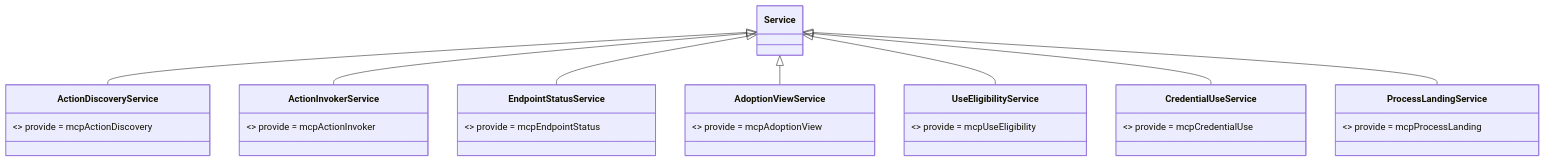
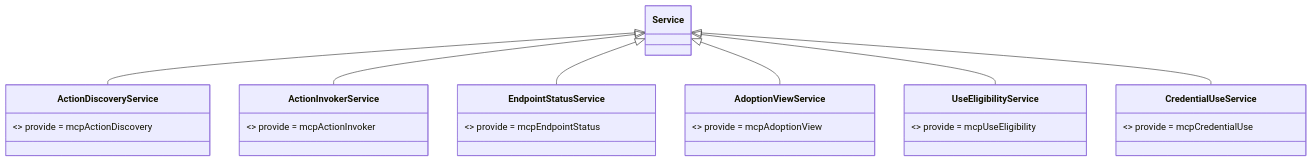
One commit to nemori-ai/omne-harness-lite changed the diagram in packages/mcp/mcp-cordis-contract/docs/object-model.md. Above: the diagram before and after it, drawn with Mermaid. The commit also changed other lines of this file and 57 other files, not shown here.

````diff
--- a/packages/mcp/mcp-cordis-contract/docs/object-model.md
+++ b/packages/mcp/mcp-cordis-contract/docs/object-model.md
@@ -20,18 +19,16 @@
 ```mermaid
 classDiagram
   class Service
   class ActionDiscoveryService { <<abstract>> provide = mcpActionDiscovery }
   class ActionInvokerService { <<abstract>> provide = mcpActionInvoker }
   class EndpointStatusService { <<abstract>> provide = mcpEndpointStatus }
   class AdoptionViewService { <<abstract>> provide = mcpAdoptionView }
   class UseEligibilityService { <<abstract>> provide = mcpUseEligibility }
   class CredentialUseService { <<abstract>> provide = mcpCredentialUse }
-  class ProcessLandingService { <<abstract>> provide = mcpProcessLanding }
   Service <|-- ActionDiscoveryService
   Service <|-- ActionInvokerService
   Service <|-- EndpointStatusService
   Service <|-- AdoptionViewService
   Service <|-- UseEligibilityService
   Service <|-- CredentialUseService
-  Service <|-- ProcessLandingService
 ```
````
